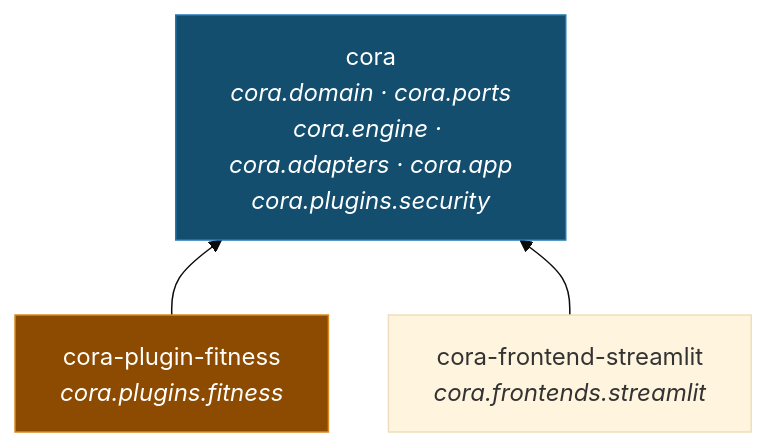
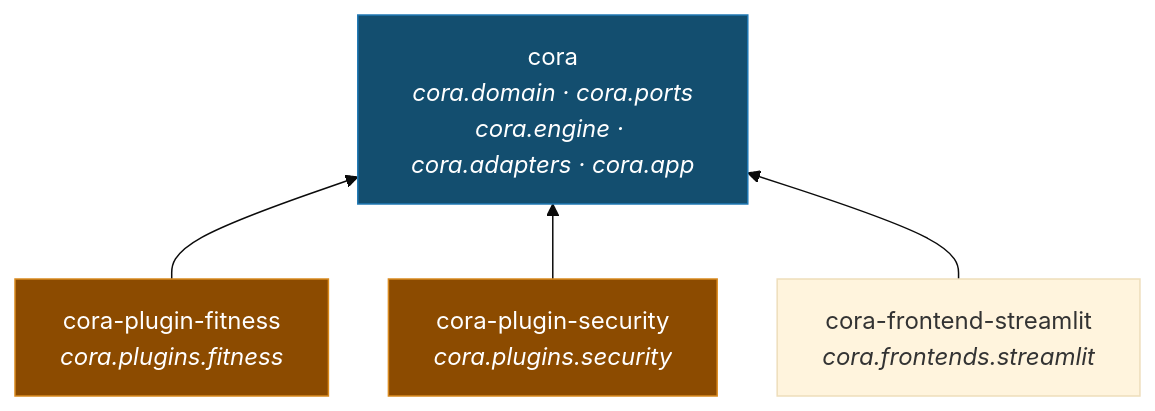
One commit to aschog/cora changed the second of 2 diagrams in docs/big-picture.md. Above: the diagram before and after it, drawn with Mermaid (base theme). The commit also changed other lines of this file and 14 other files, not shown here.

Commit message:
refactor: make every plugin an extension cora can start without

````diff
--- a/docs/big-picture.md
+++ b/docs/big-picture.md
@@ -141,15 +142,17 @@
 ```mermaid
 %%{init: {"flowchart": {"nodeSpacing": 40, "rankSpacing": 50, "curve": "basis"}}}%%
 flowchart BT
-  app["cora<br/><i>cora.domain · cora.ports</i><br/><i>cora.engine · cora.adapters · cora.app</i><br/><i>cora.plugins.security</i>"]
+  app["cora<br/><i>cora.domain · cora.ports</i><br/><i>cora.engine · cora.adapters · cora.app</i>"]
   fitness["cora-plugin-fitness<br/><i>cora.plugins.fitness</i>"]
+  security["cora-plugin-security<br/><i>cora.plugins.security</i>"]
   shell["cora-frontend-streamlit<br/><i>cora.frontends.streamlit</i>"]
 
   fitness --> app
+  security --> app
   shell --> app
 
   classDef contract fill:#8c4b00,stroke:#d98a1f,color:#fff;
   classDef logic fill:#134e6f,stroke:#1f78b4,color:#fff;
   class app logic;
-  class fitness contract;
+  class fitness,security contract;
 ```
````
